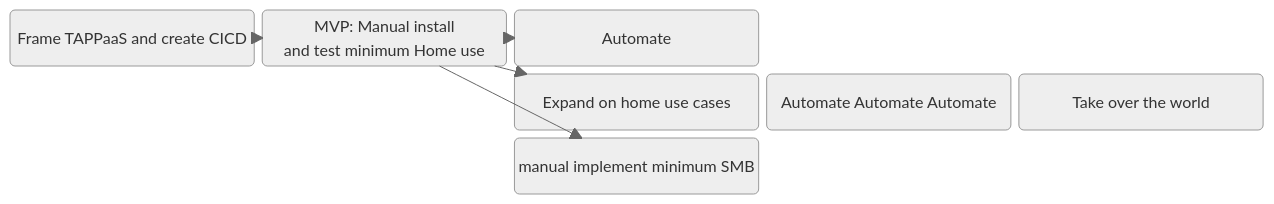
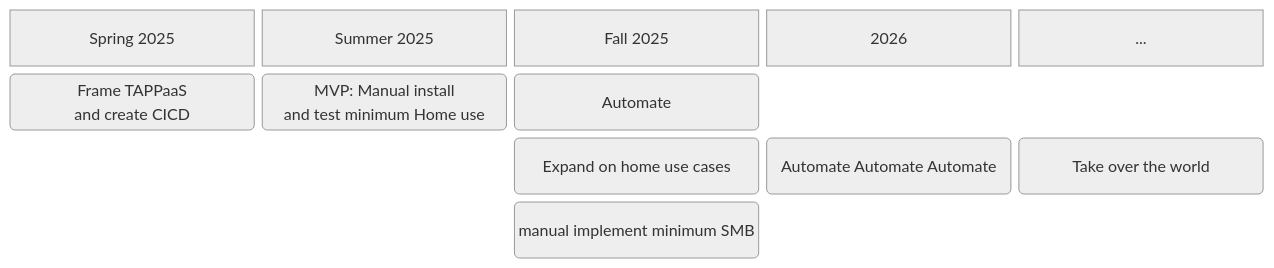
One commit to TAPPaaS/TAPPaaS changed the diagram in Documentation/Approach.md. Above: the diagram before and after it, drawn with Mermaid (neutral theme). The commit also changed other lines of this file, not shown here.

Commit message:
updated drawing

````diff
--- a/Documentation/Approach.md
+++ b/Documentation/Approach.md
@@ -43,17 +41,14 @@
 ```mermaid
 block-beta
   columns 5
-   d("Frame TAPPaaS and create CICD")
+  spring["Spring 2025"] summer["Summer 2025"] fall["Fall 2025"] next["2026"] future["..."]
+  d("Frame TAPPaaS\n and create CICD")
   m("MVP: Manual install\n and test minimum Home use")
   a("Automate") space space
-  d --> m
-  m --> a
   space space
   e("Expand on home use cases")
   aaa("Automate Automate Automate")
   t("Take over the world")
   space space
   b("manual implement minimum SMB") space space
-  m --> e
-  m --> b
 ```
````
